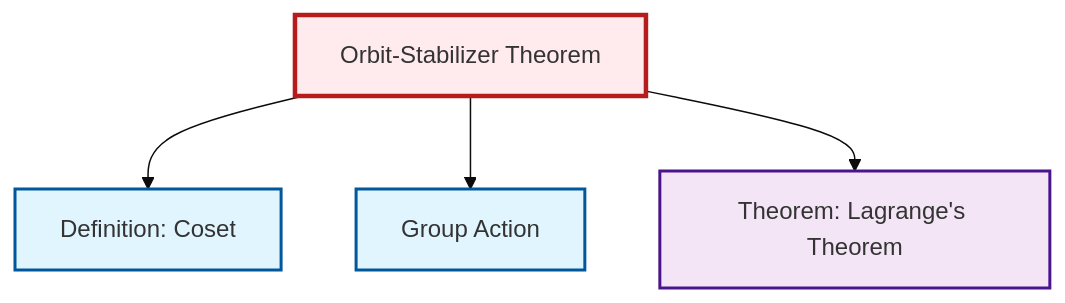
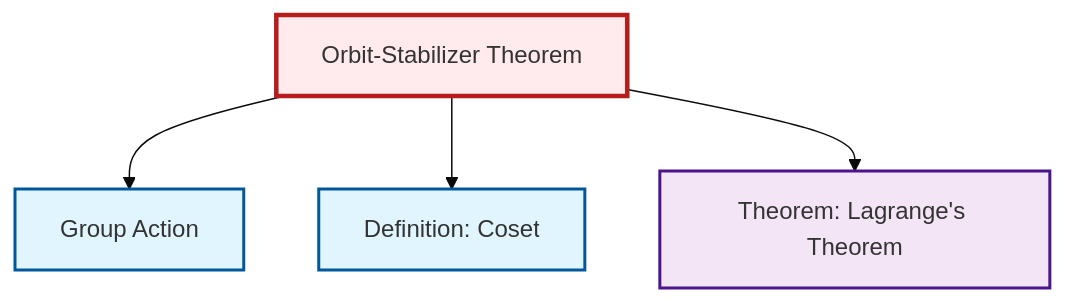
One commit to RK0429/ModernMath changed the diagram in content/en/algebra/thm-orbit-stabilizer.qmd. Above: the diagram before and after it, drawn with Mermaid (base theme). The commit also changed other lines of this file and 18 other files, not shown here.

````diff
--- a/content/en/algebra/thm-orbit-stabilizer.qmd
+++ b/content/en/algebra/thm-orbit-stabilizer.qmd
@@ -60,20 +60,20 @@
 ```{mermaid}
 %%| fig-cap: "Local dependency graph"
 graph TD
     classDef definition fill:#e1f5fe,stroke:#01579b,stroke-width:2px
     classDef theorem fill:#f3e5f5,stroke:#4a148c,stroke-width:2px
     classDef axiom fill:#fff3e0,stroke:#e65100,stroke-width:2px
     classDef example fill:#e8f5e9,stroke:#1b5e20,stroke-width:2px
     classDef current fill:#ffebee,stroke:#b71c1c,stroke-width:3px
-    def-group-action["Group Action"]:::definition
     thm-lagrange["Theorem: Lagrange's Theorem"]:::theorem
     thm-orbit-stabilizer["Orbit-Stabilizer Theorem"]:::theorem
     def-coset["Definition: Coset"]:::definition
+    def-group-action["Group Action"]:::definition
+    thm-orbit-stabilizer --> def-group-action
     thm-orbit-stabilizer --> def-coset
-    thm-orbit-stabilizer --> def-group-action
     thm-orbit-stabilizer --> thm-lagrange
     class thm-orbit-stabilizer current
-    click def-group-action "def-group-action.html" "Go to Group Action"
     click thm-lagrange "thm-lagrange.html" "Go to Lagrange's Theorem theorem"
     click def-coset "def-coset.html" "Go to Coset definition"
+    click def-group-action "def-group-action.html" "Go to Group Action"
 ```
````
